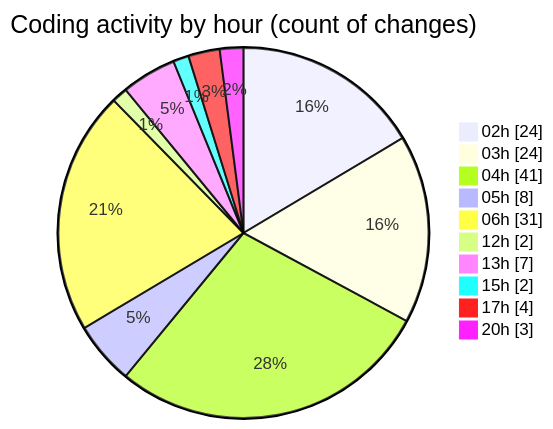
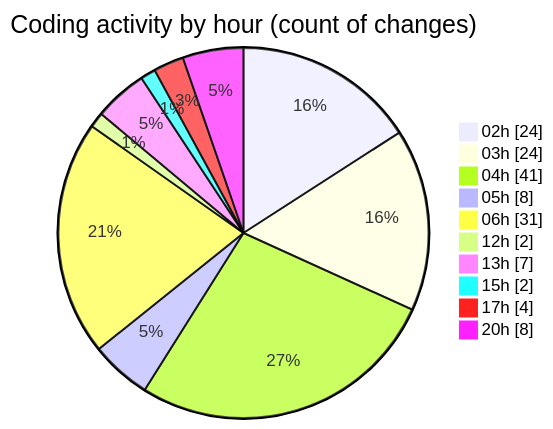
One commit to lephambinh05/code-tracking changed the second of 2 diagrams in 2025-07-23/quanlyrapchieuphim/README.md. Above: the diagram before and after it, drawn with Mermaid. The commit also changed other lines of this file and 1 other file, not shown here.

````diff
--- a/2025-07-23/quanlyrapchieuphim/README.md
+++ b/2025-07-23/quanlyrapchieuphim/README.md
@@ -43,14 +44,14 @@
 ```mermaid
 pie showData
 title Coding activity by hour (count of changes)
 "02h" : 24
 "03h" : 24
 "04h" : 41
 "05h" : 8
 "06h" : 31
 "12h" : 2
 "13h" : 7
 "15h" : 2
 "17h" : 4
-"20h" : 3
+"20h" : 8
 ```
````
